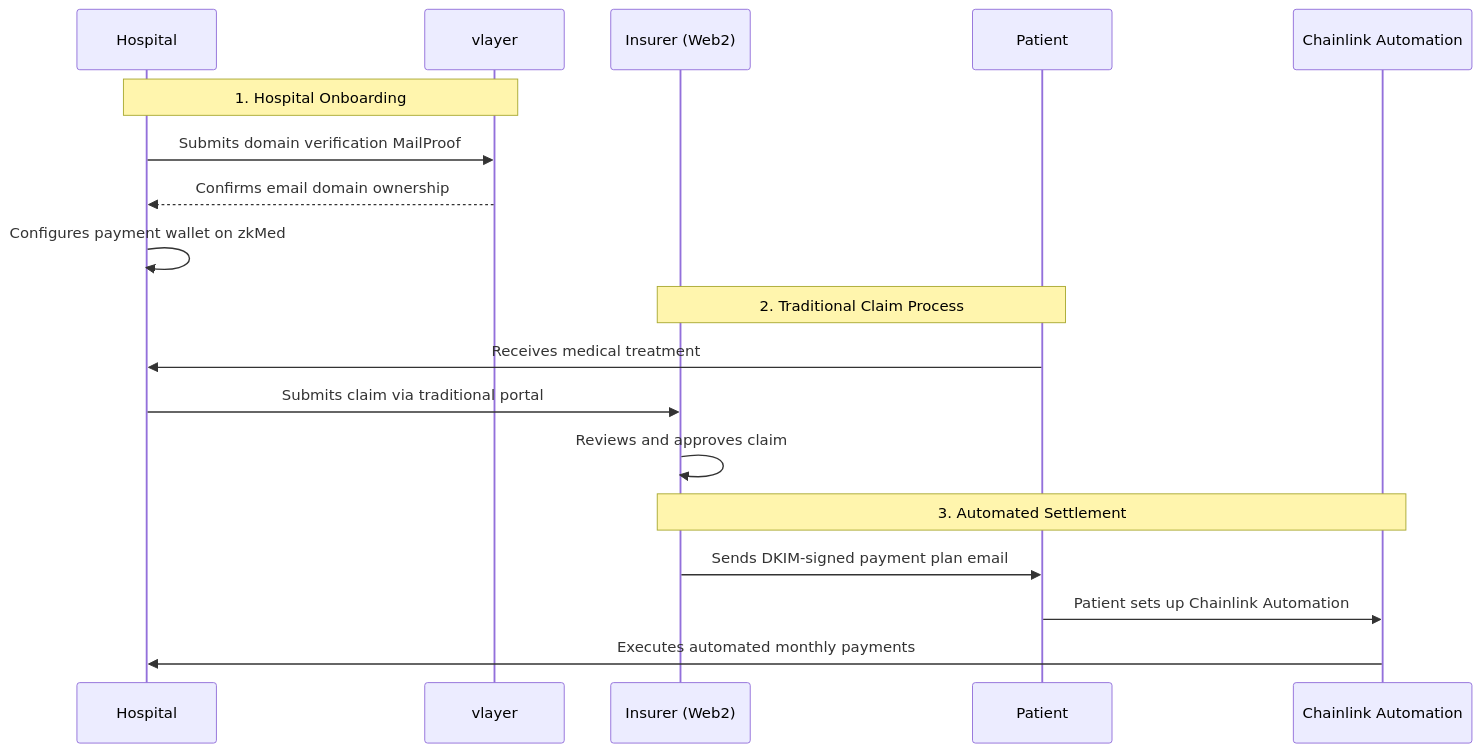
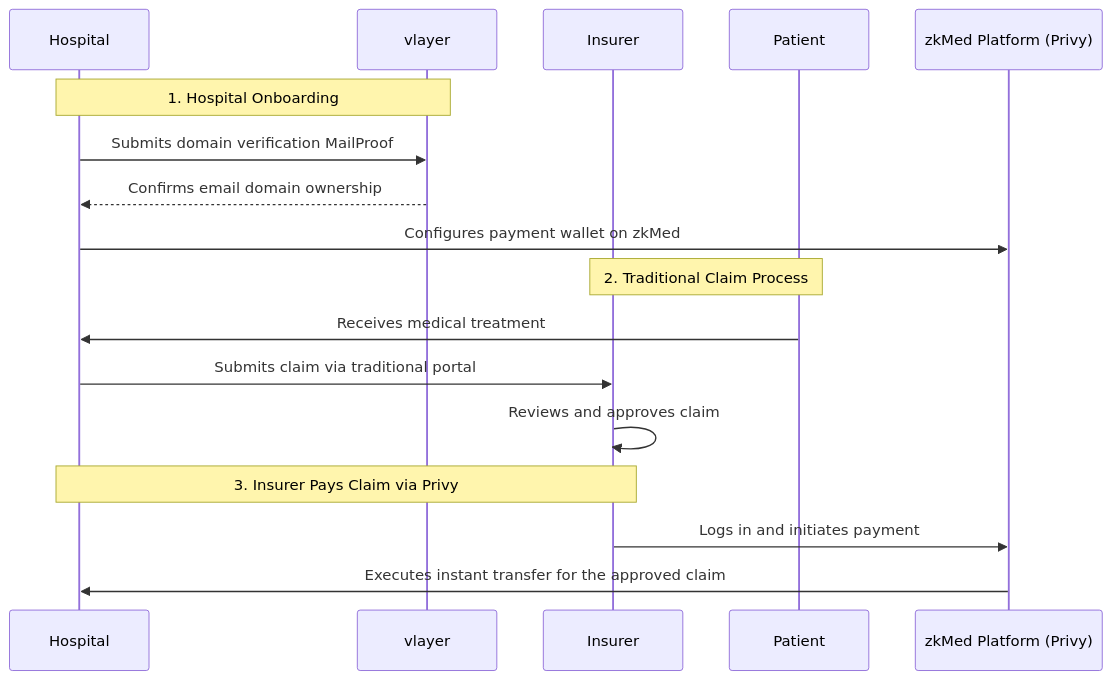
The fifth of 6 diagrams in README.md (ppezzull/zkMed), drawn with Mermaid before and after one commit. The commit also changed other lines of this file, not shown here.

````diff
--- a/README.md
+++ b/README.md
@@ -140,23 +163,22 @@
 ```mermaid
 sequenceDiagram
     participant H as Hospital
     participant V as vlayer
-    participant I as Insurer (Web2)
+    participant I as Insurer
     participant P as Patient
-    participant C as Chainlink Automation
+    participant Privy as zkMed Platform (Privy)
 
     Note over H,V: 1. Hospital Onboarding
     H->>V: Submits domain verification MailProof
     V-->>H: Confirms email domain ownership
-    H->>H: Configures payment wallet on zkMed
+    H->>Privy: Configures payment wallet on zkMed
 
     Note over P,I: 2. Traditional Claim Process
     P->>H: Receives medical treatment
     H->>I: Submits claim via traditional portal
     I->>I: Reviews and approves claim
 
-    Note over I,C: 3. Automated Settlement
-    I->>P: Sends DKIM-signed payment plan email
-    P->>C: Patient sets up Chainlink Automation
-    C->>H: Executes automated monthly payments
+    Note over I,H: 3. Insurer Pays Claim via Privy
+    I->>Privy: Logs in and initiates payment
+    Privy->>H: Executes instant transfer for the approved claim
 ```
````
